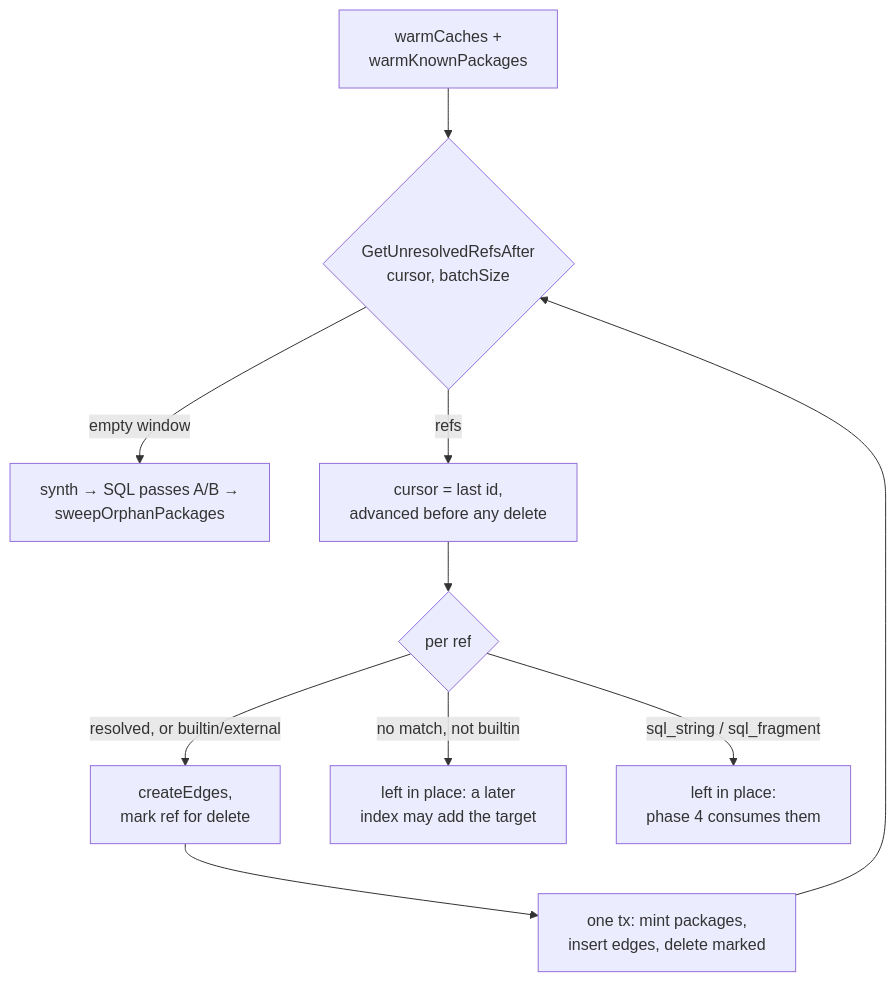
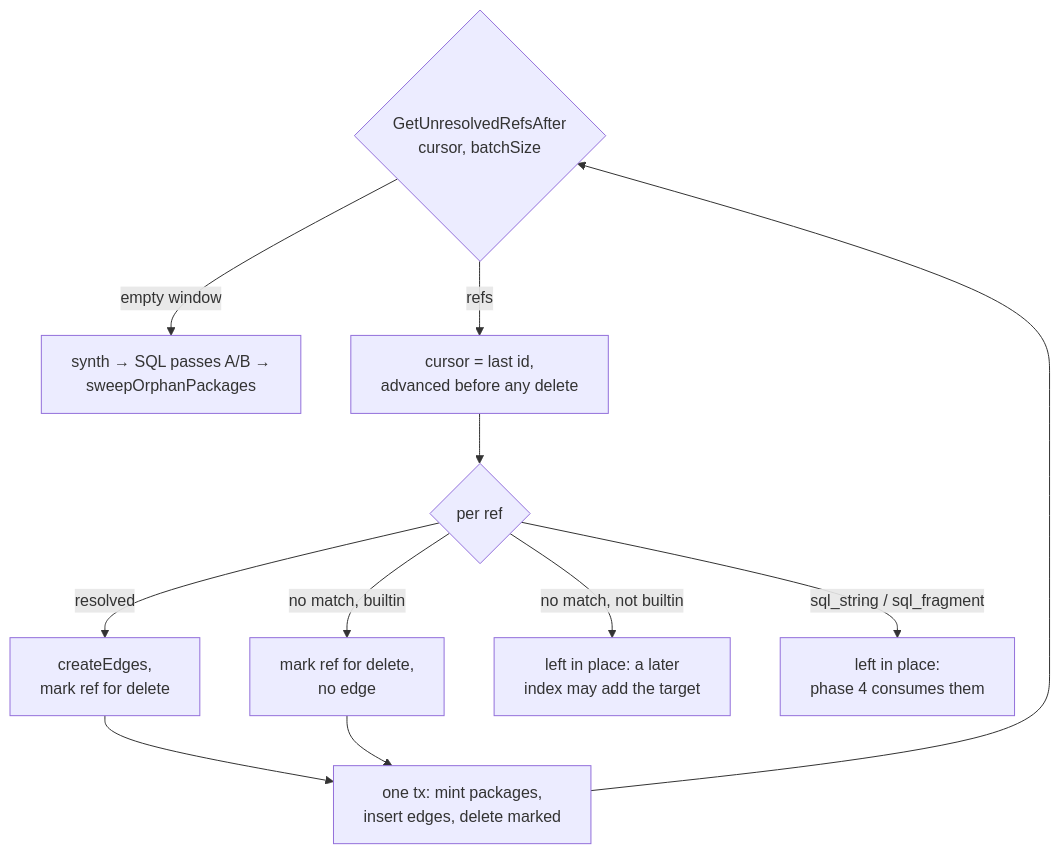
One commit to damusix/atomic-claude changed the sixth of 10 diagrams in docs/wiki/code-intel.md. Above: the diagram before and after it, drawn with Mermaid. The commit also changed other lines of this file and 19 other files, not shown here.

````diff
--- a/docs/wiki/code-intel.md
+++ b/docs/wiki/code-intel.md
@@ -64,12 +147,15 @@
 ```mermaid
 flowchart TD
-    W["warmCaches +<br/>warmKnownPackages"] --> G{"GetUnresolvedRefsAfter<br/>cursor, batchSize"}
+    %% source: atomic/internal/codeintel/resolution/pipeline.go ResolveAndPersistBatched
+    G{"GetUnresolvedRefsAfter<br/>cursor, batchSize"}
     G -->|empty window| P4["synth → SQL passes A/B →<br/>sweepOrphanPackages"]
     G -->|refs| C["cursor = last id,<br/>advanced before any delete"]
     C --> T{"per ref"}
-    T -->|"resolved, or builtin/external"| E["createEdges,<br/>mark ref for delete"]
+    T -->|resolved| E["createEdges,<br/>mark ref for delete"]
+    T -->|"no match, builtin"| BI["mark ref for delete,<br/>no edge"]
     T -->|"no match, not builtin"| K["left in place: a later<br/>index may add the target"]
     T -->|"sql_string / sql_fragment"| S["left in place:<br/>phase 4 consumes them"]
     E --> TX["one tx: mint packages,<br/>insert edges, delete marked"]
+    BI --> TX
     TX --> G
 ```
````
